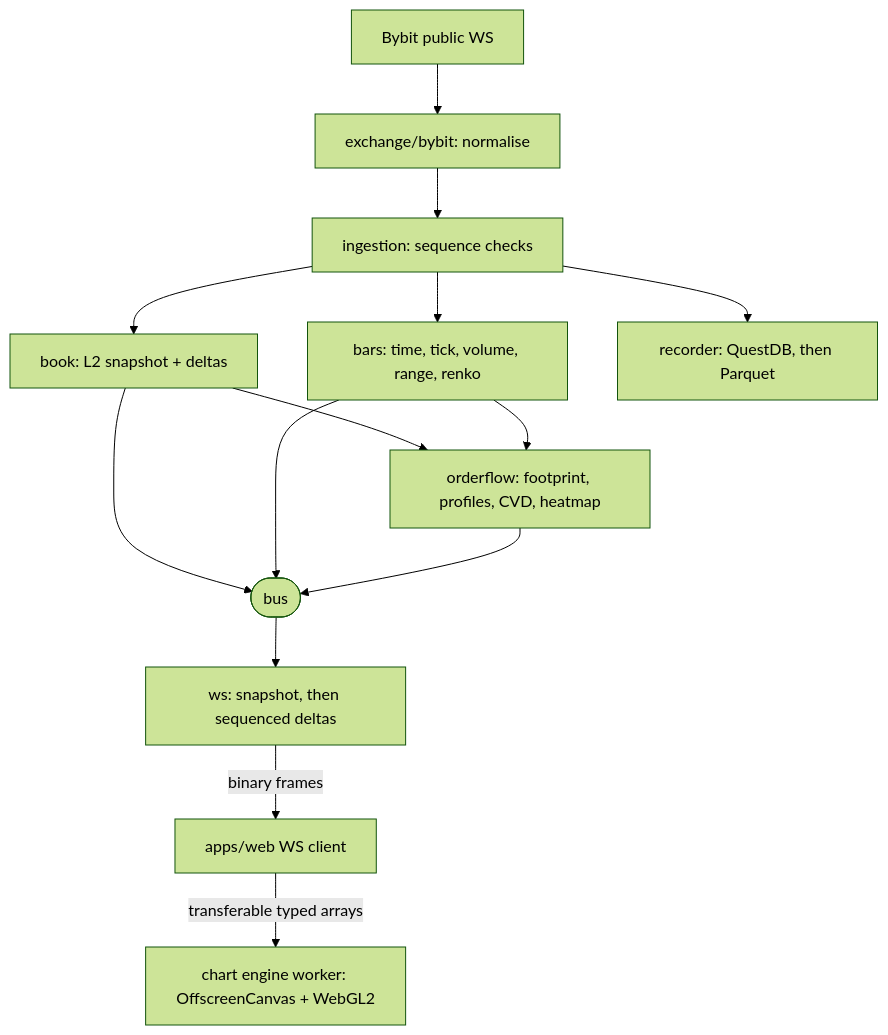
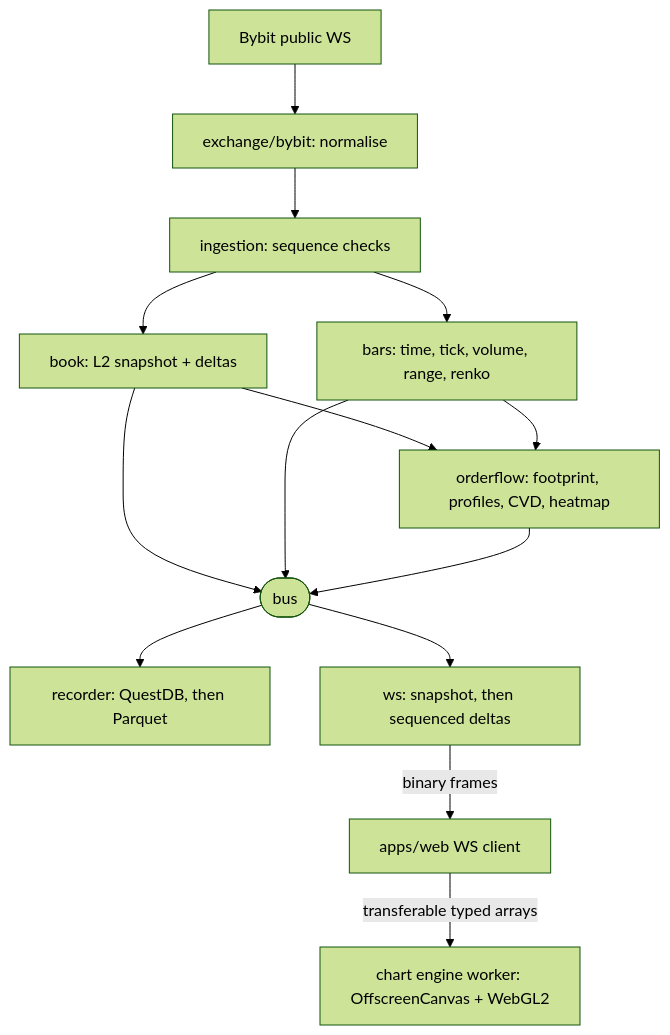
One commit to CandleViewer/CandleViewer changed the second of 4 diagrams in README.md. Above: the diagram before and after it, drawn with Mermaid (forest theme). The commit also changed other lines of this file and 1 other file, not shown here.

````diff
--- a/README.md
+++ b/README.md
@@ -101,16 +103,16 @@
 ```mermaid
 flowchart TB
   pub["Bybit public WS"] --> adapter["exchange/bybit: normalise"]
   adapter --> ing["ingestion: sequence checks"]
   ing --> book["book: L2 snapshot + deltas"]
   ing --> bars["bars: time, tick, volume, range, renko"]
-  ing --> rec["recorder: QuestDB, then Parquet"]
   book --> flow["orderflow: footprint, profiles, CVD, heatmap"]
   bars --> flow
   book --> bus(["bus"])
   bars --> bus
   flow --> bus
+  bus --> rec["recorder: QuestDB, then Parquet"]
   bus --> ws["ws: snapshot, then sequenced deltas"]
   ws -->|"binary frames"| client["apps/web WS client"]
   client -->|"transferable typed arrays"| worker["chart engine worker: OffscreenCanvas + WebGL2"]
 ```
````
